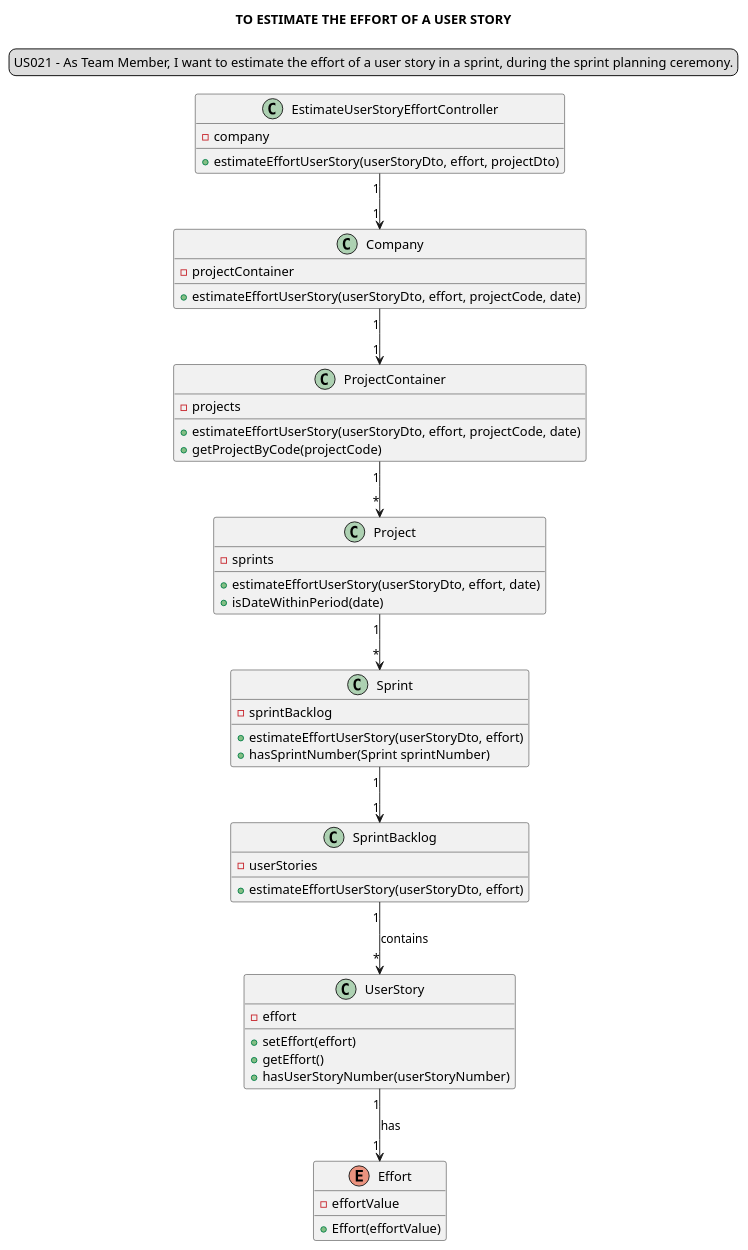
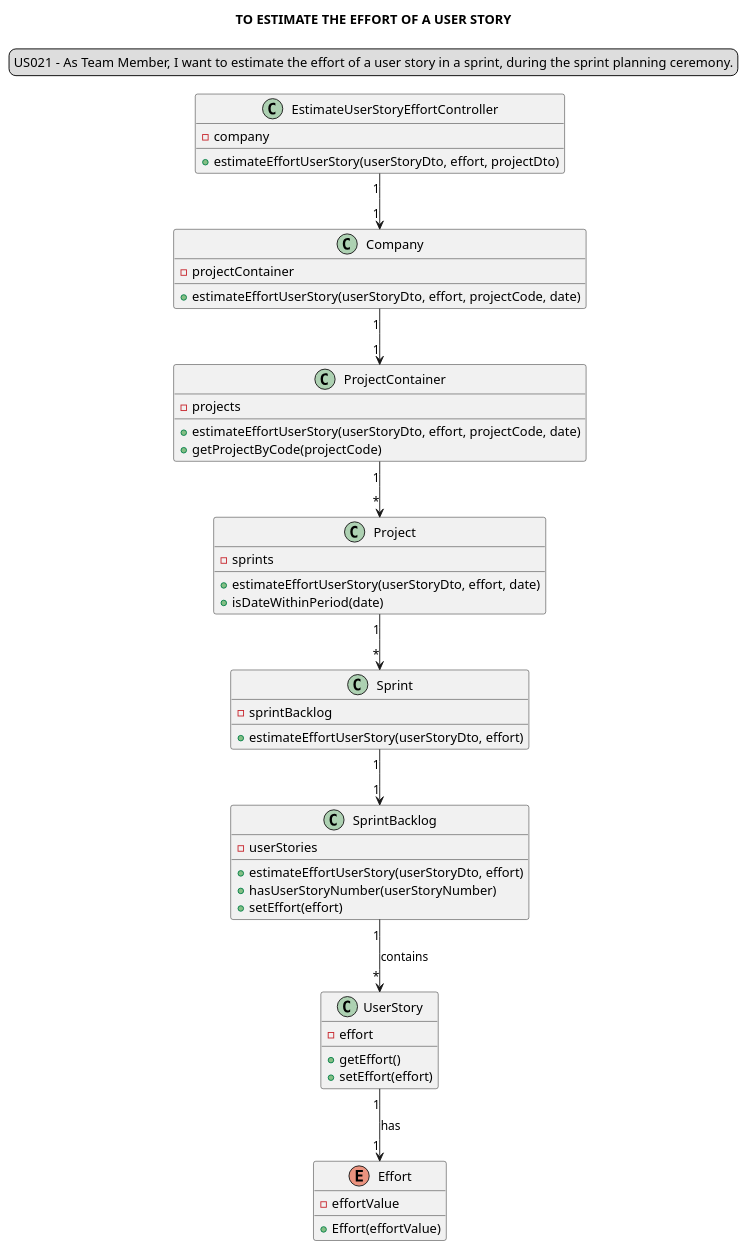
One commit to Loracline/project_switch_22-23 changed the diagram in docs/modelling_design/user_stories/sprint03/us021/US021_classDiagram.puml. Above: the diagram before and after it, drawn with PlantUML. The commit also changed 1 other file, not shown here.

Commit message:
US021 : Design : Correction of classDiagram.puml references #7 and US021_classDiagram.puml references #115 according to US021 implementation.

```diff
--- a/docs/modelling_design/user_stories/sprint03/us021/US021_classDiagram.puml
+++ b/docs/modelling_design/user_stories/sprint03/us021/US021_classDiagram.puml
@@ -1,55 +1,55 @@
 @startuml
 'https://plantuml.com/sequence-diagram
 title TO ESTIMATE THE EFFORT OF A USER STORY
 legend top
 US021 - As Team Member, I want to estimate the effort of a user story in a sprint, during the sprint planning ceremony.
 end legend
 skinparam sequenceMessageAlign center
 
 class "EstimateUserStoryEffortController" {
 - company
 + estimateEffortUserStory(userStoryDto, effort, projectDto)
 }
 
 class "Company" {
 - projectContainer
 + estimateEffortUserStory(userStoryDto, effort, projectCode, date)
 }
 class "ProjectContainer" {
 - projects
 + estimateEffortUserStory(userStoryDto, effort, projectCode, date)
 + getProjectByCode(projectCode)
 }
 class "Project"{
 - sprints
 + estimateEffortUserStory(userStoryDto, effort, date)
 + isDateWithinPeriod(date)
 }
 class "Sprint"{
 - sprintBacklog
 + estimateEffortUserStory(userStoryDto, effort)
-+ hasSprintNumber(Sprint sprintNumber)
 }
 class "SprintBacklog" {
 - userStories
 + estimateEffortUserStory(userStoryDto, effort)
++ hasUserStoryNumber(userStoryNumber)
++ setEffort(effort)
 }
 class "UserStory"{
 - effort
++ getEffort()
 + setEffort(effort)
-+ getEffort()
-+ hasUserStoryNumber(userStoryNumber)
 }
 enum "Effort"{
 - effortValue
 + Effort(effortValue)
 }
 
 "EstimateUserStoryEffortController" "1" --> "1" "Company"
 "Company" "1" --> "1" "ProjectContainer"
 "ProjectContainer" "1" --> "*" "Project"
 "Project" "1" --> "*" "Sprint"
 "Sprint" "1" --> "1" "SprintBacklog"
 "SprintBacklog" "1" --> "*" "UserStory" : contains
 "UserStory" "1" --> "1" "Effort" : has
 @enduml
```
